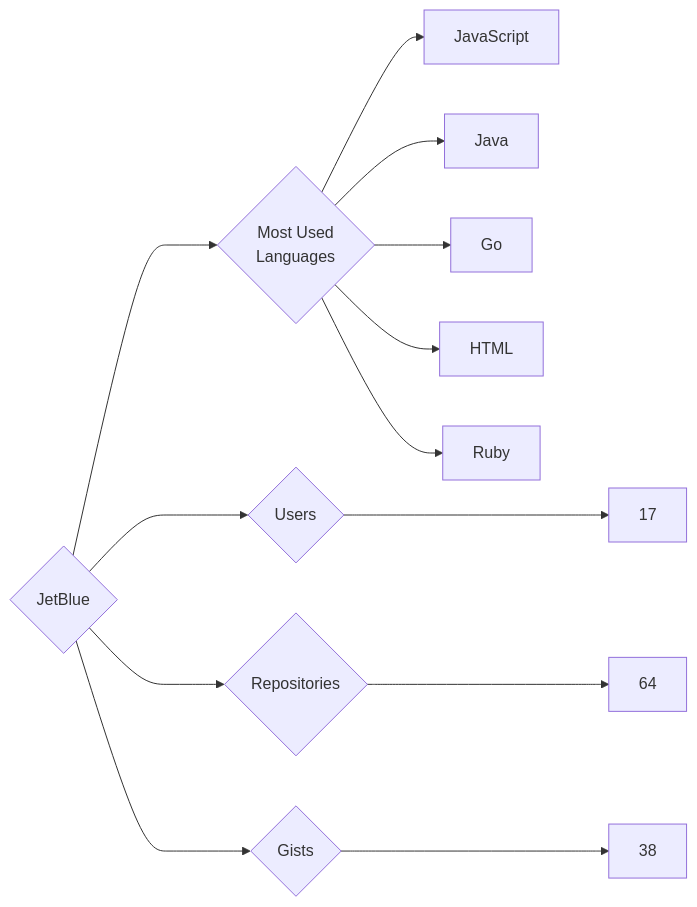
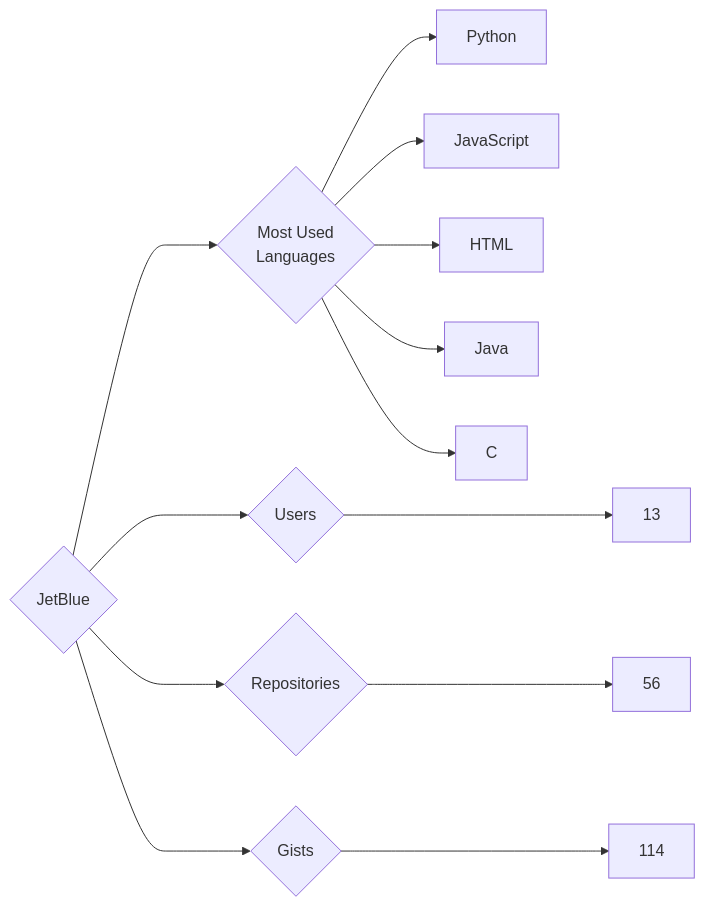
One commit to trickest/insiders changed the diagram in targets/JetBlue/README.md. Above: the diagram before and after it, drawn with Mermaid. The commit also changed 935 other files, not shown here.

````diff
--- a/targets/JetBlue/README.md
+++ b/targets/JetBlue/README.md
@@ -3,13 +3,13 @@
 ```mermaid
 graph LR
 COMPANY_NAME{JetBlue}
-COMPANY_NAME ---> U{Users} ---> UN[17]
-COMPANY_NAME ---> R{Repositories} ---> RN[64]
-COMPANY_NAME ---> G{Gists} ---> GN[38]
+COMPANY_NAME ---> U{Users} ---> UN[13]
+COMPANY_NAME ---> R{Repositories} ---> RN[56]
+COMPANY_NAME ---> G{Gists} ---> GN[114]
 COMPANY_NAME ---> ML{Most Used<br>Languages}
+ML --> Python[Python]
 ML --> JavaScript[JavaScript]
+ML --> HTML[HTML]
 ML --> Java[Java]
-ML --> Go[Go]
-ML --> HTML[HTML]
-ML --> Ruby[Ruby]
+ML --> C[C]
 ```
````
